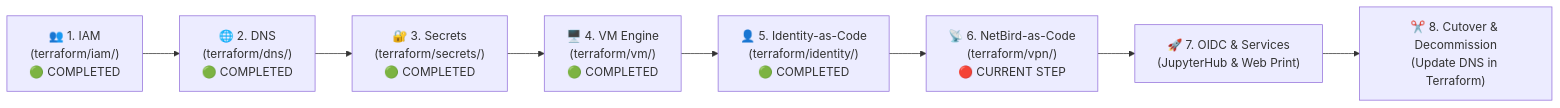
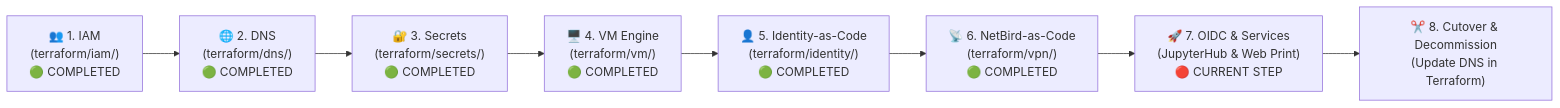
One commit to AIT-brainlab/brainlab-base changed the diagram in mgmt/checklist.md. Above: the diagram before and after it, drawn with Mermaid. The commit also changed other lines of this file and 22 other files, not shown here.

````diff
--- a/mgmt/checklist.md
+++ b/mgmt/checklist.md
@@ -19,4 +19,4 @@
 ```mermaid
 flowchart LR
-    Step1["👥 1. IAM<br/>(terraform/iam/)<br/>🟢 COMPLETED"] --> Step2["🌐 2. DNS<br/>(terraform/dns/)<br/>🟢 COMPLETED"] --> Step3["🔐 3. Secrets<br/>(terraform/secrets/)<br/>🟢 COMPLETED"] --> Step4["🖥️ 4. VM Engine<br/>(terraform/vm/)<br/>🟢 COMPLETED"] --> Step5["👤 5. Identity-as-Code<br/>(terraform/identity/)<br/>🟢 COMPLETED"] --> Step6["📡 6. NetBird-as-Code<br/>(terraform/vpn/)<br/>🔴 CURRENT STEP"] --> Step7["🚀 7. OIDC & Services<br/>(JupyterHub & Web Print)"] --> Step8["✂️ 8. Cutover & Decommission<br/>(Update DNS in Terraform)"]
+    Step1["👥 1. IAM<br/>(terraform/iam/)<br/>🟢 COMPLETED"] --> Step2["🌐 2. DNS<br/>(terraform/dns/)<br/>🟢 COMPLETED"] --> Step3["🔐 3. Secrets<br/>(terraform/secrets/)<br/>🟢 COMPLETED"] --> Step4["🖥️ 4. VM Engine<br/>(terraform/vm/)<br/>🟢 COMPLETED"] --> Step5["👤 5. Identity-as-Code<br/>(terraform/identity/)<br/>🟢 COMPLETED"] --> Step6["📡 6. NetBird-as-Code<br/>(terraform/vpn/)<br/>🟢 COMPLETED"] --> Step7["🚀 7. OIDC & Services<br/>(JupyterHub & Web Print)<br/>🔴 CURRENT STEP"] --> Step8["✂️ 8. Cutover & Decommission<br/>(Update DNS in Terraform)"]
 ```
````
